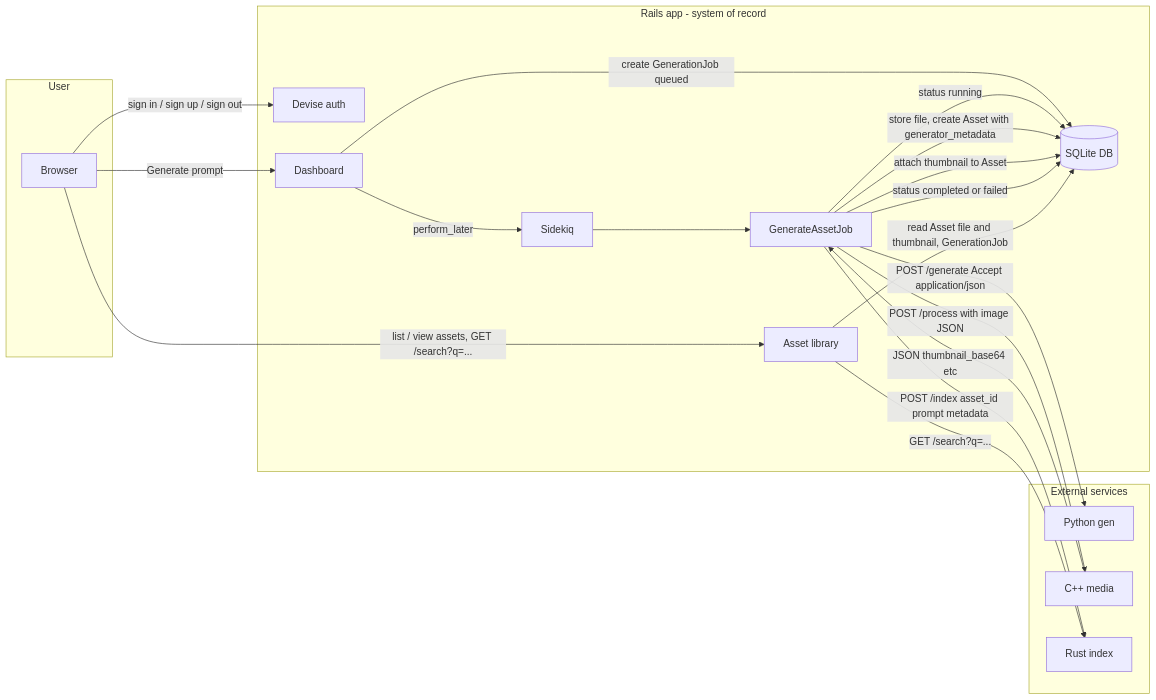
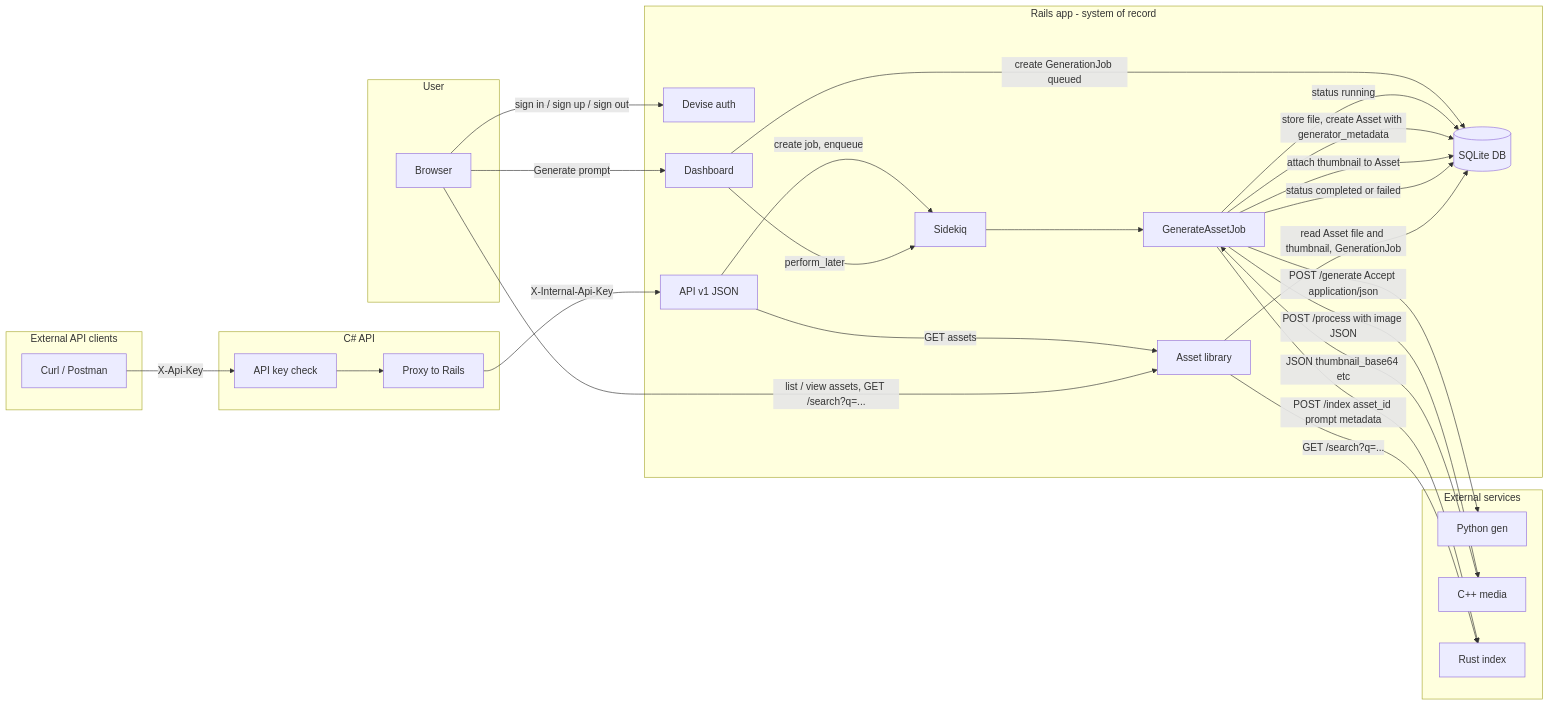
One commit to protektiq/forgeai changed the diagram in docs/data-flow.md. Above: the diagram before and after it, drawn with Mermaid. The commit also changed other lines of this file and 10 other files, not shown here.

Commit message:
C# API service (external API surface)

````diff
--- a/docs/data-flow.md
+++ b/docs/data-flow.md
@@ -5,35 +5,48 @@
 ```mermaid
 flowchart LR
   subgraph users [User]
     Browser[Browser]
   end
+  subgraph external_clients [External API clients]
+    Curl[Curl / Postman]
+  end
+  subgraph dotnet [C# API]
+    ApiAuth[API key check]
+    Proxy[Proxy to Rails]
+  end
   subgraph rails [Rails app - system of record]
     Auth[Devise auth]
+    ApiV1[API v1 JSON]
     Dashboard[Dashboard]
     DB[(SQLite DB)]
     JobQueue[Sidekiq]
     Worker[GenerateAssetJob]
     Assets[Asset library]
   end
   subgraph external [External services]
     PythonGen[Python gen]
     CppMedia[C++ media]
     RustIndex[Rust index]
   end
   Browser -->|sign in / sign up / sign out| Auth
   Browser -->|"Generate" prompt| Dashboard
+  Curl -->|X-Api-Key| ApiAuth
+  ApiAuth --> Proxy
+  Proxy -->|X-Internal-Api-Key| ApiV1
+  ApiV1 -->|create job, enqueue| JobQueue
+  ApiV1 -->|GET assets| Assets
   Dashboard -->|create GenerationJob queued| DB
   Dashboard -->|perform_later| JobQueue
   JobQueue --> Worker
   Worker -->|status running| DB
   Worker -->|POST /generate Accept application/json| PythonGen
   Worker -->|store file, create Asset with generator_metadata| DB
   Worker -->|POST /process with image JSON| CppMedia
   CppMedia -->|JSON thumbnail_base64 etc| Worker
   Worker -->|attach thumbnail to Asset| DB
   Worker -->|POST /index asset_id prompt metadata| RustIndex
   Worker -->|status completed or failed| DB
   Browser -->|list / view assets, GET /search?q=...| Assets
   Assets -->|GET /search?q=...| RustIndex
   Assets -->|read Asset file and thumbnail, GenerationJob| DB
 ```
````
